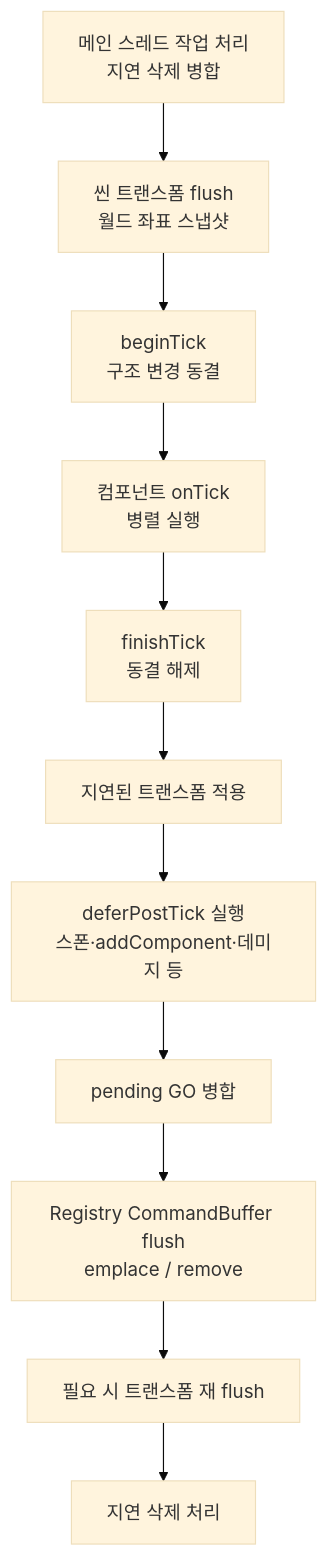
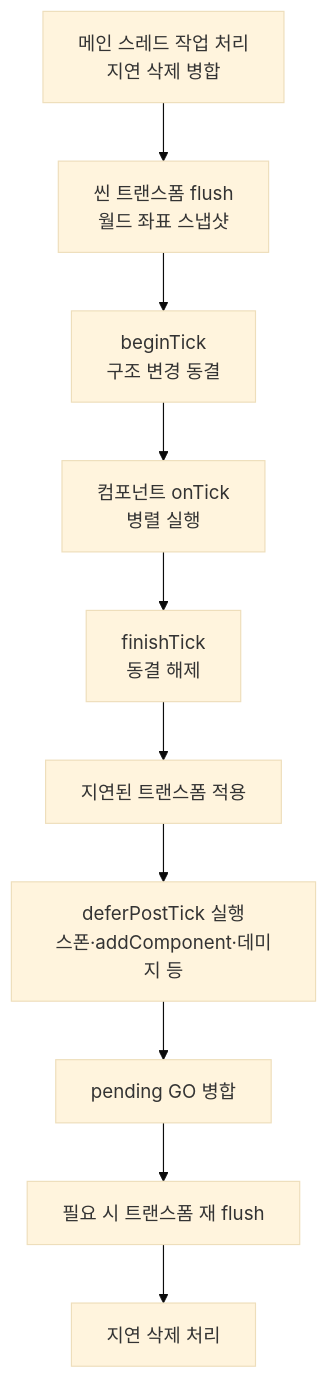
One commit to sswgame/LearningTemplate changed the first of 3 diagrams in Source/Engine/Object/README.md. Above: the diagram before and after it, drawn with Mermaid (base theme). The commit also changed other lines of this file and 373 other files, not shown here.

````diff
--- a/Source/Engine/Object/README.md
+++ b/Source/Engine/Object/README.md
@@ -61,13 +58,12 @@
 ```mermaid
 flowchart TD
   A[메인 스레드 작업 처리<br/>지연 삭제 병합] --> B[씬 트랜스폼 flush<br/>월드 좌표 스냅샷]
   B --> C[beginTick<br/>구조 변경 동결]
   C --> D[컴포넌트 onTick<br/>병렬 실행]
   D --> E[finishTick<br/>동결 해제]
   E --> F[지연된 트랜스폼 적용]
   F --> G[deferPostTick 실행<br/>스폰·addComponent·데미지 등]
   G --> H[pending GO 병합]
-  H --> I[Registry CommandBuffer flush<br/>emplace / remove]
-  I --> J[필요 시 트랜스폼 재 flush]
-  J --> K[지연 삭제 처리]
+  H --> I[필요 시 트랜스폼 재 flush]
+  I --> J[지연 삭제 처리]
 ```
````
